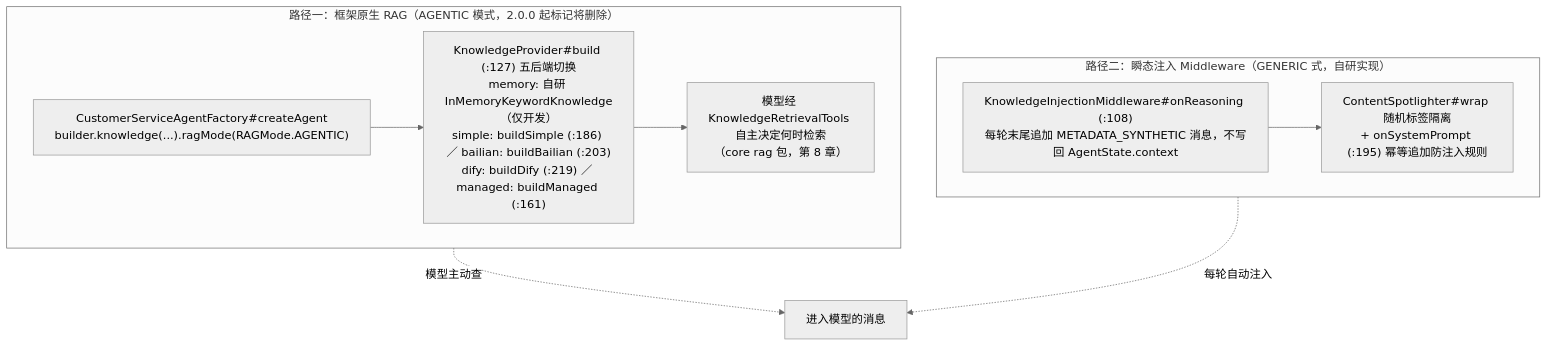
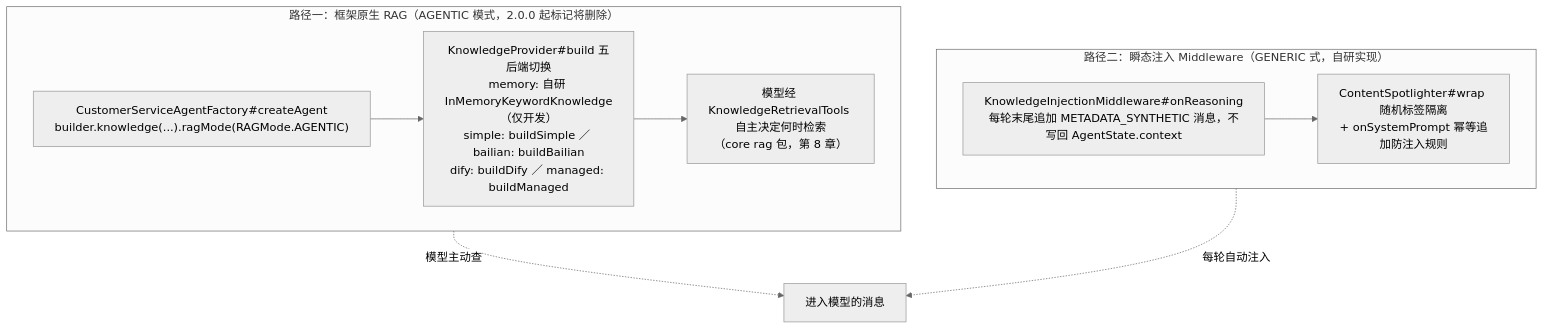
Before and after one commit to liulangjietou/AgentScope-source-analysis: the third of 8 diagrams in 09-customer_work场景全景映射.md, drawn with Mermaid (neutral theme). The commit also changed other lines of this file and 13 other files, not shown here.

Commit message:
docs: align source guide and diagrams with main dcb131a3

````diff
--- a/09-customer_work场景全景映射.md
+++ b/09-customer_work场景全景映射.md
@@ -125,16 +133,16 @@
 ```mermaid
 flowchart TB
     subgraph P1["路径一：框架原生 RAG（AGENTIC 模式，2.0.0 起标记将删除）"]
         B["CustomerServiceAgentFactory#createAgent<br/>builder.knowledge(...).ragMode(RAGMode.AGENTIC)"]
-        KP["KnowledgeProvider#build (:127) 五后端切换<br/>memory: 自研 InMemoryKeywordKnowledge（仅开发）<br/>simple: buildSimple (:186) ／ bailian: buildBailian (:203)<br/>dify: buildDify (:219) ／ managed: buildManaged (:161)"]
+        KP["KnowledgeProvider#build 五后端切换<br/>memory: 自研 InMemoryKeywordKnowledge（仅开发）<br/>simple: buildSimple ／ bailian: buildBailian<br/>dify: buildDify ／ managed: buildManaged"]
         KRT["模型经 KnowledgeRetrievalTools 自主决定何时检索<br/>（core rag 包，第 8 章）"]
         B --> KP --> KRT
     end
     subgraph P2["路径二：瞬态注入 Middleware（GENERIC 式，自研实现）"]
-        KIM["KnowledgeInjectionMiddleware#onReasoning (:108)<br/>每轮末尾追加 METADATA_SYNTHETIC 消息，不写回 AgentState.context"]
-        SPOT["ContentSpotlighter#wrap 随机标签隔离<br/>+ onSystemPrompt (:195) 幂等追加防注入规则"]
+        KIM["KnowledgeInjectionMiddleware#onReasoning<br/>每轮末尾追加 METADATA_SYNTHETIC 消息，不写回 AgentState.context"]
+        SPOT["ContentSpotlighter#wrap 随机标签隔离<br/>+ onSystemPrompt 幂等追加防注入规则"]
         KIM --> SPOT
     end
     P1 -.->|"模型主动查"| LLM["进入模型的消息"]
     P2 -.->|"每轮自动注入"| LLM
 ```
````
